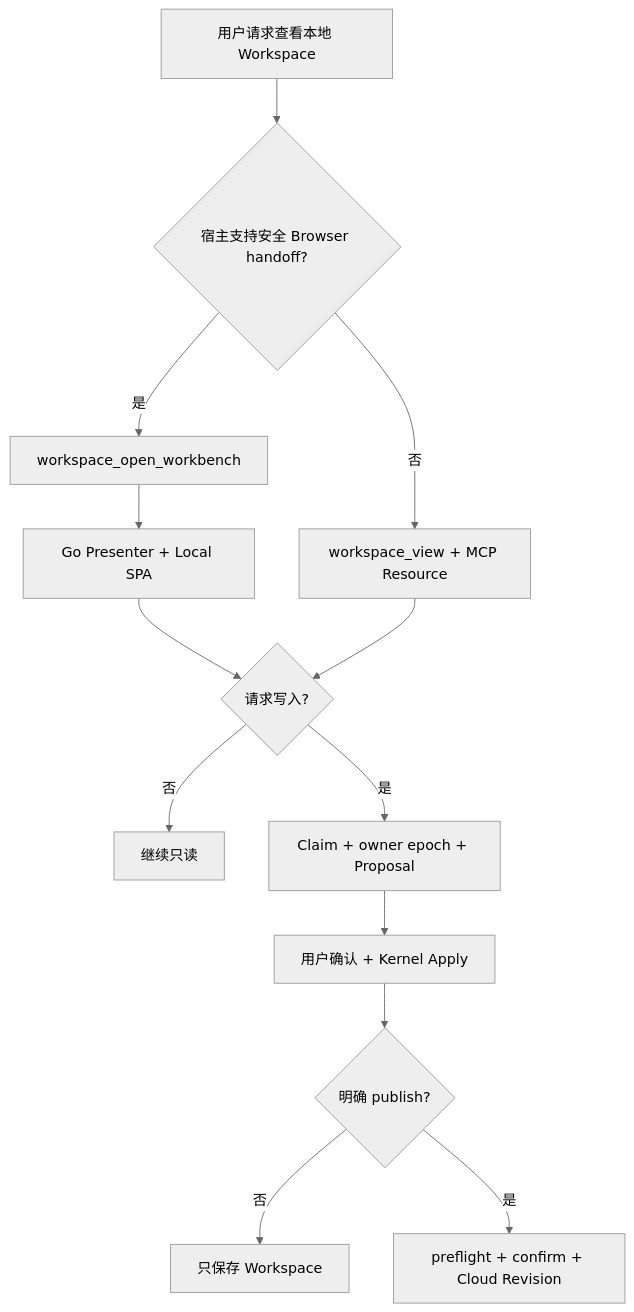
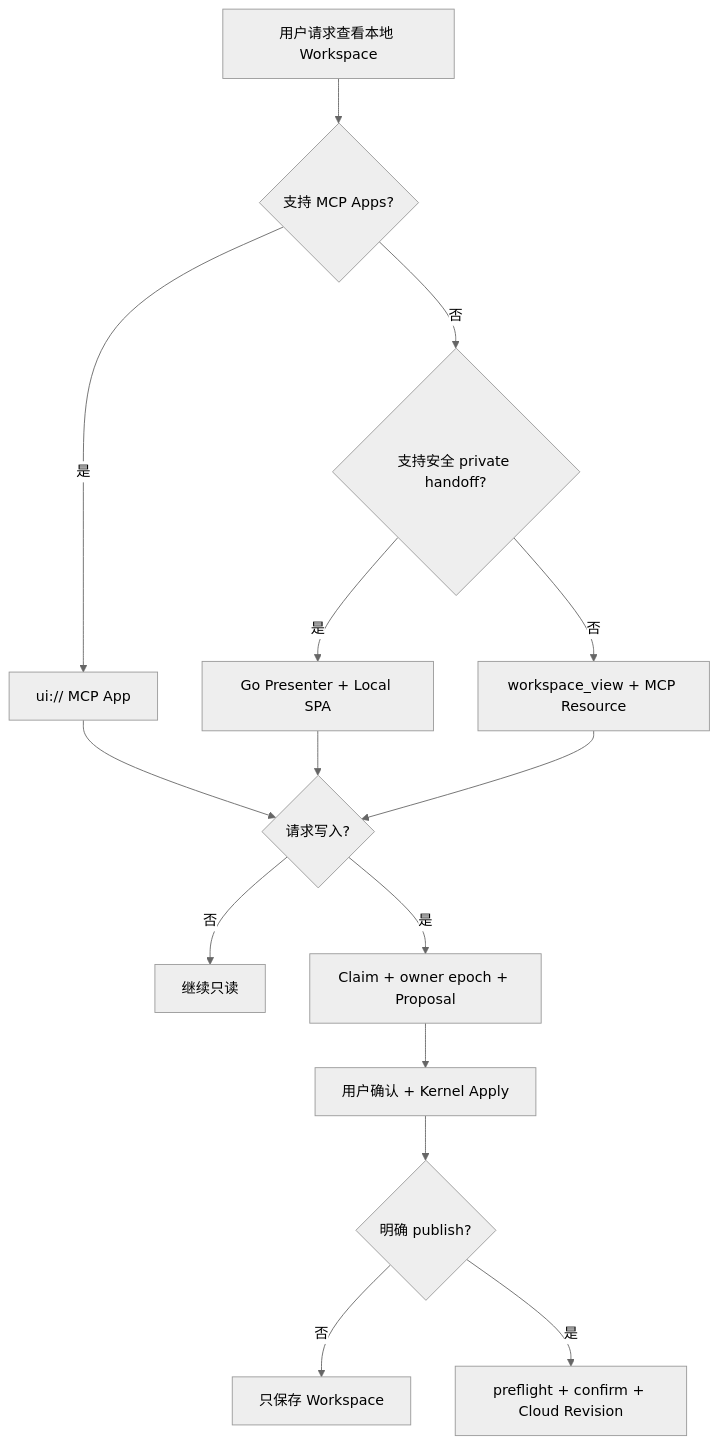
Before and after one commit to limecloud/contentcloud: the second of 2 diagrams in docs/plugin/README.md, drawn with Mermaid (neutral theme). The commit also changed other lines of this file and 126 other files, not shown here.

````diff
--- a/docs/plugin/README.md
+++ b/docs/plugin/README.md
@@ -203,15 +223,17 @@
 ```mermaid
 flowchart TD
-    A[用户请求查看本地 Workspace] --> B{宿主支持安全 Browser handoff?}
-    B -->|是| C[workspace_open_workbench]
-    C --> D[Go Presenter + Local SPA]
-    B -->|否| E[workspace_view + MCP Resource]
-    D --> F{请求写入?}
-    E --> F
-    F -->|否| G[继续只读]
-    F -->|是| H[Claim + owner epoch + Proposal]
-    H --> I[用户确认 + Kernel Apply]
-    I --> J{明确 publish?}
-    J -->|否| K[只保存 Workspace]
-    J -->|是| L[preflight + confirm + Cloud Revision]
+    A[用户请求查看本地 Workspace] --> B{支持 MCP Apps?}
+    B -->|是| C[ui:// MCP App]
+    B -->|否| D{支持安全 private handoff?}
+    D -->|是| E[Go Presenter + Local SPA]
+    D -->|否| F[workspace_view + MCP Resource]
+    C --> G{请求写入?}
+    E --> G
+    F --> G
+    G -->|否| H[继续只读]
+    G -->|是| I[Claim + owner epoch + Proposal]
+    I --> J[用户确认 + Kernel Apply]
+    J --> K{明确 publish?}
+    K -->|否| L[只保存 Workspace]
+    K -->|是| M[preflight + confirm + Cloud Revision]
 ```
````
